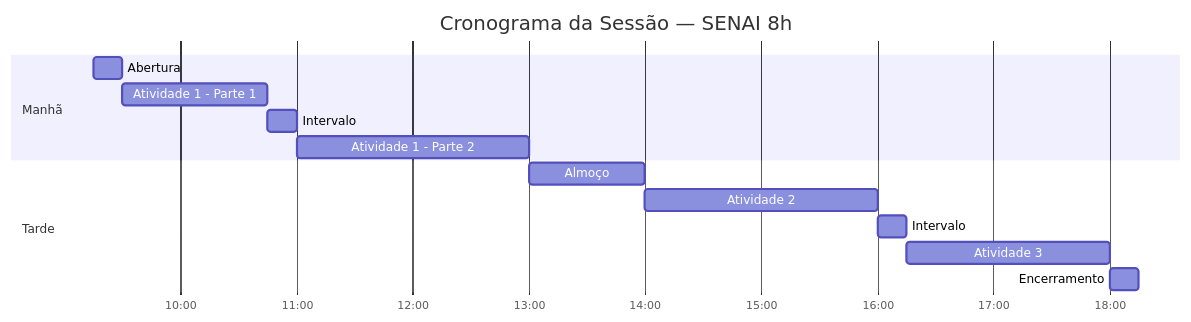
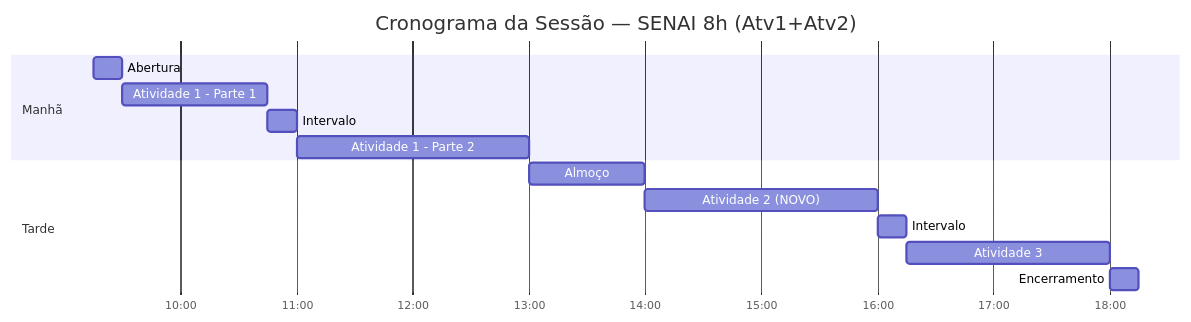
One commit to gbardusco/grao-vivo-senai changed the diagram in docs/03-cronograma.md. Above: the diagram before and after it, drawn with Mermaid. The commit also changed other lines of this file and 30 other files, not shown here.

````diff
--- a/docs/03-cronograma.md
+++ b/docs/03-cronograma.md
@@ -46,17 +51,17 @@
 ```mermaid
 gantt
-    title Cronograma da Sessão — SENAI 8h
+    title Cronograma da Sessão — SENAI 8h (Atv1+Atv2)
     dateFormat HH:mm
     axisFormat %H:%M
     section Manhã
     Abertura                    :09:15, 15m
     Atividade 1 - Parte 1       :09:30, 75m
     Intervalo                   :10:45, 15m
     Atividade 1 - Parte 2       :11:00, 120m
     section Tarde
     Almoço                      :13:00, 60m
-    Atividade 2                 :14:00, 120m
+    Atividade 2 (NOVO)          :14:00, 120m
     Intervalo                   :16:00, 15m
     Atividade 3                 :16:15, 105m
     Encerramento                :18:00, 15m
 ```
````
